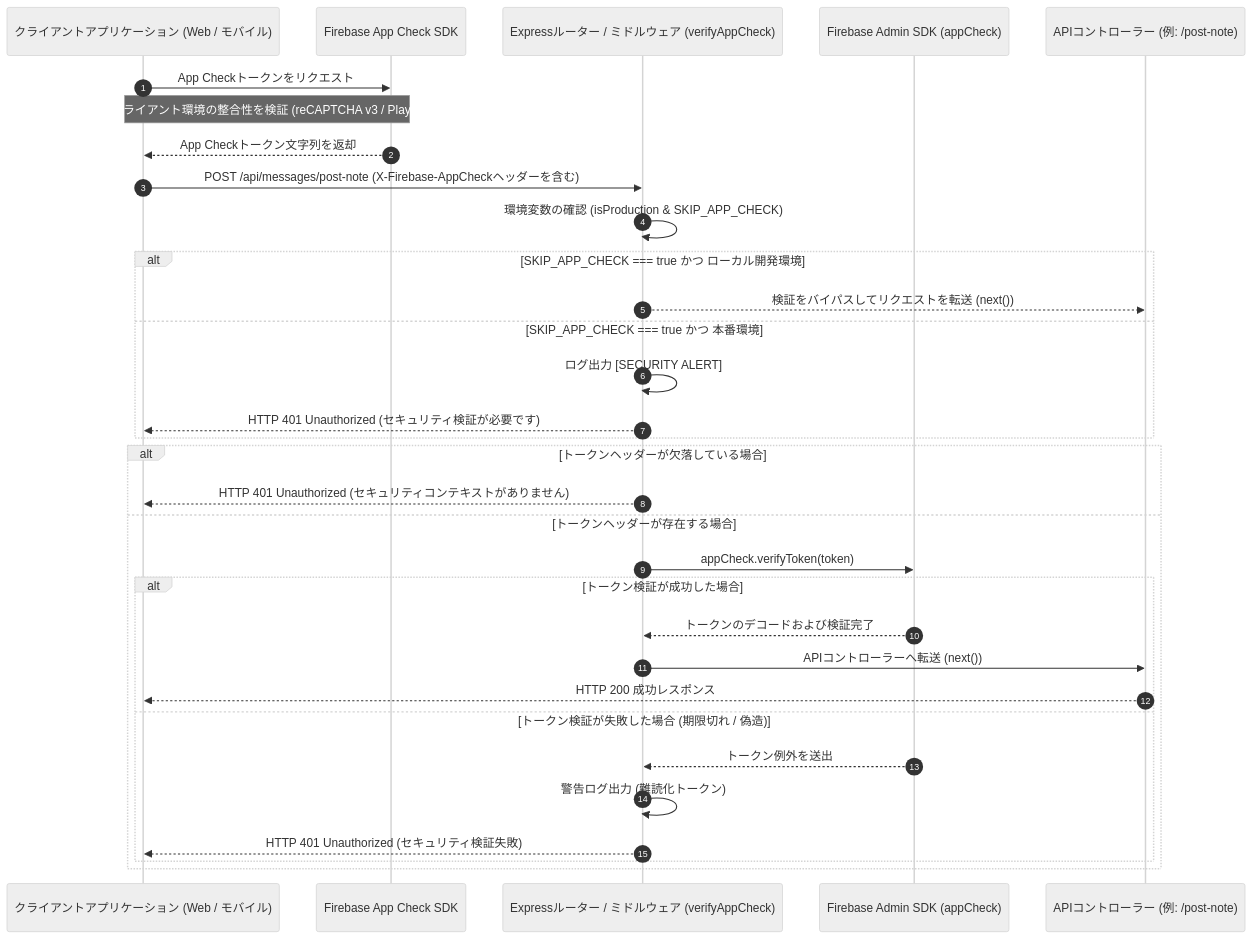
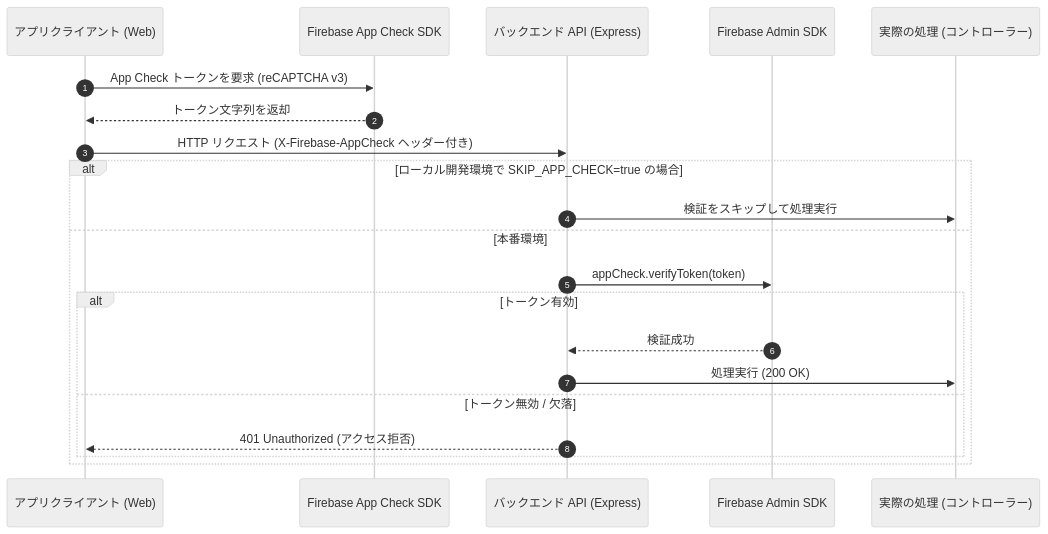
The diagram in docs/ja/security-architecture.md (ScriptureHabit/scripture-habit), drawn with Mermaid (neutral theme) before and after one commit. The commit also changed other lines of this file and 15 other files, not shown here.

Commit message:
docs: refine and simplify all Architecture Overview documentation in Japanese and English

````diff
--- a/docs/ja/security-architecture.md
+++ b/docs/ja/security-architecture.md
@@ -30,37 +27,25 @@
 ```mermaid
 sequenceDiagram
     autonumber
-    participant Client as クライアントアプリケーション (Web / モバイル)
+    participant Client as アプリクライアント (Web)
     participant SDK as Firebase App Check SDK
-    participant API as Expressルーター / ミドルウェア (verifyAppCheck)
-    participant Admin as Firebase Admin SDK (appCheck)
-    participant Controller as APIコントローラー (例: /post-note)
- 
-    Client->>SDK: App Checkトークンをリクエスト
-    Note over Client,SDK: SDKがクライアント環境の整合性を検証 (reCAPTCHA v3 / Play Integrity)
-    SDK-->>Client: App Checkトークン文字列を返却
-    Client->>API: POST /api/messages/post-note (X-Firebase-AppCheckヘッダーを含む)
+    participant API as バックエンド API (Express)
+    participant Admin as Firebase Admin SDK
+    participant Handler as 実際の処理 (コントローラー)
+
+    Client->>SDK: App Check トークンを要求 (reCAPTCHA v3)
+    SDK-->>Client: トークン文字列を返却
+    Client->>API: HTTP リクエスト (X-Firebase-AppCheck ヘッダー付き)
     
-    API->>API: 環境変数の確認 (isProduction & SKIP_APP_CHECK)
-    alt SKIP_APP_CHECK === true かつ ローカル開発環境
-        API-->>Controller: 検証をバイパスしてリクエストを転送 (next())
-    else SKIP_APP_CHECK === true かつ 本番環境
-        API->>API: ログ出力 [SECURITY ALERT]
-        API-->>Client: HTTP 401 Unauthorized (セキュリティ検証が必要です)
-    end
- 
-    alt トークンヘッダーが欠落している場合
-        API-->>Client: HTTP 401 Unauthorized (セキュリティコンテキストがありません)
-    else トークンヘッダーが存在する場合
+    alt ローカル開発環境で SKIP_APP_CHECK=true の場合
+        API->>Handler: 検証をスキップして処理実行
+    else 本番環境
         API->>Admin: appCheck.verifyToken(token)
-        alt トークン検証が成功した場合
-            Admin-->>API: トークンのデコードおよび検証完了
-            API->>Controller: APIコントローラーへ転送 (next())
-            Controller-->>Client: HTTP 200 成功レスポンス
-        else トークン検証が失敗した場合 (期限切れ / 偽造)
-            Admin-->>API: トークン例外を送出
-            API->>API: 警告ログ出力 (難読化トークン)
-            API-->>Client: HTTP 401 Unauthorized (セキュリティ検証失敗)
+        alt トークン有効
+            Admin-->>API: 検証成功
+            API->>Handler: 処理実行 (200 OK)
+        else トークン無効 / 欠落
+            API-->>Client: 401 Unauthorized (アクセス拒否)
         end
     end
 ```
````
